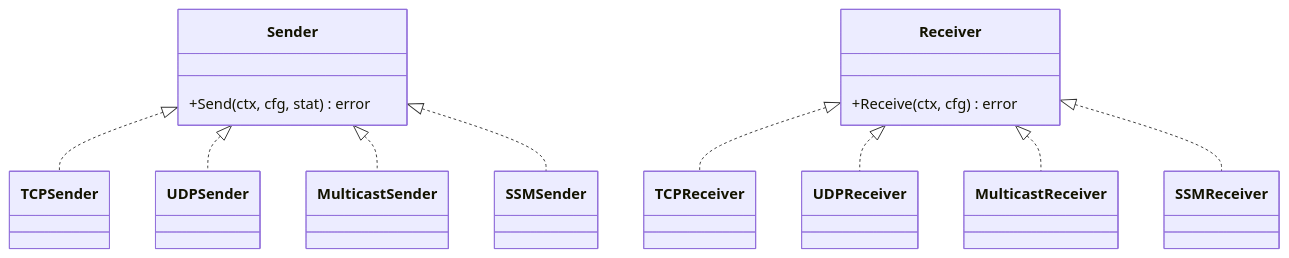
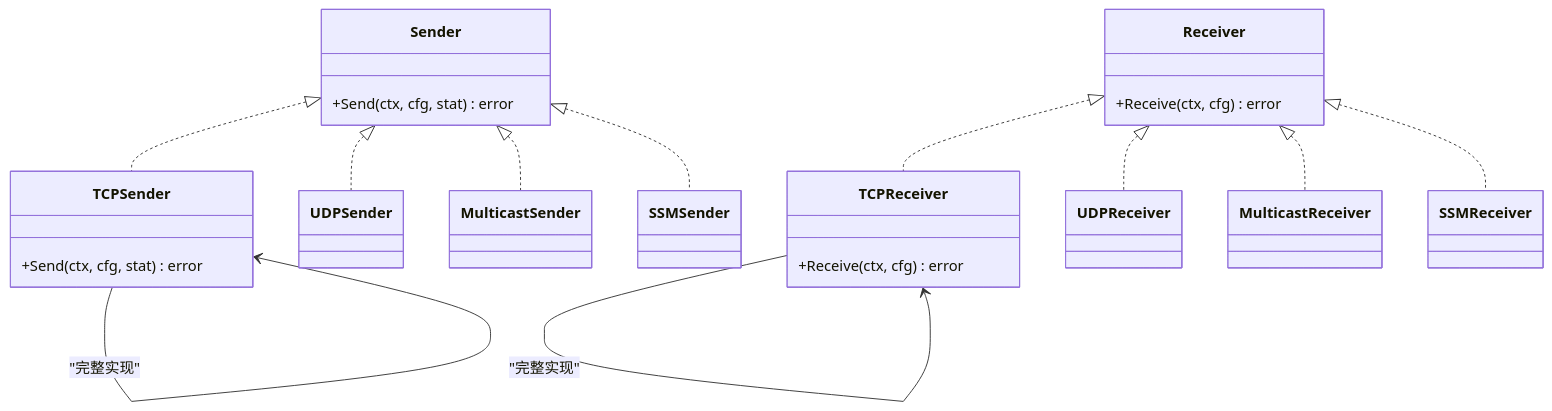
The fourth of 8 diagrams in .qoder/repowiki/zh/content/网络协议支持/TCP 协议测试.md (yanzhen74/ping-x), drawn with Mermaid before and after one commit. The commit also changed other lines of this file and 16 other files, not shown here.

````diff
--- a/.qoder/repowiki/zh/content/网络协议支持/TCP 协议测试.md
+++ b/.qoder/repowiki/zh/content/网络协议支持/TCP 协议测试.md
@@ -203,25 +224,31 @@
 ```mermaid
 classDiagram
 class Sender {
 +Send(ctx, cfg, stat) error
 }
 class Receiver {
 +Receive(ctx, cfg) error
 }
-class TCPSender
-class TCPReceiver
+class TCPSender {
++Send(ctx, cfg, stat) error
+}
+class TCPReceiver {
++Receive(ctx, cfg) error
+}
 class UDPSender
 class UDPReceiver
 class MulticastSender
 class MulticastReceiver
 class SSMSender
 class SSMReceiver
 Sender <|.. TCPSender
 Sender <|.. UDPSender
 Sender <|.. MulticastSender
 Sender <|.. SSMSender
 Receiver <|.. TCPReceiver
 Receiver <|.. UDPReceiver
 Receiver <|.. MulticastReceiver
 Receiver <|.. SSMReceiver
+TCPSender --> TCPSender : "完整实现"
+TCPReceiver --> TCPReceiver : "完整实现"
 ```
````
